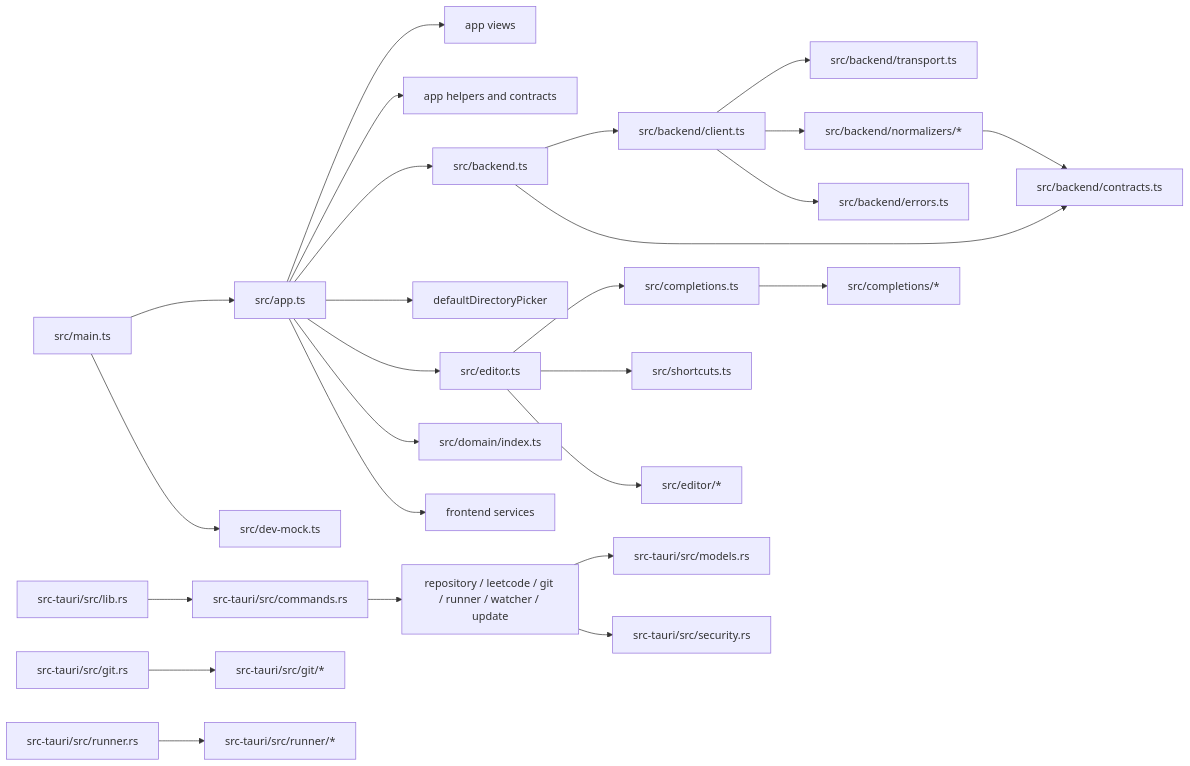
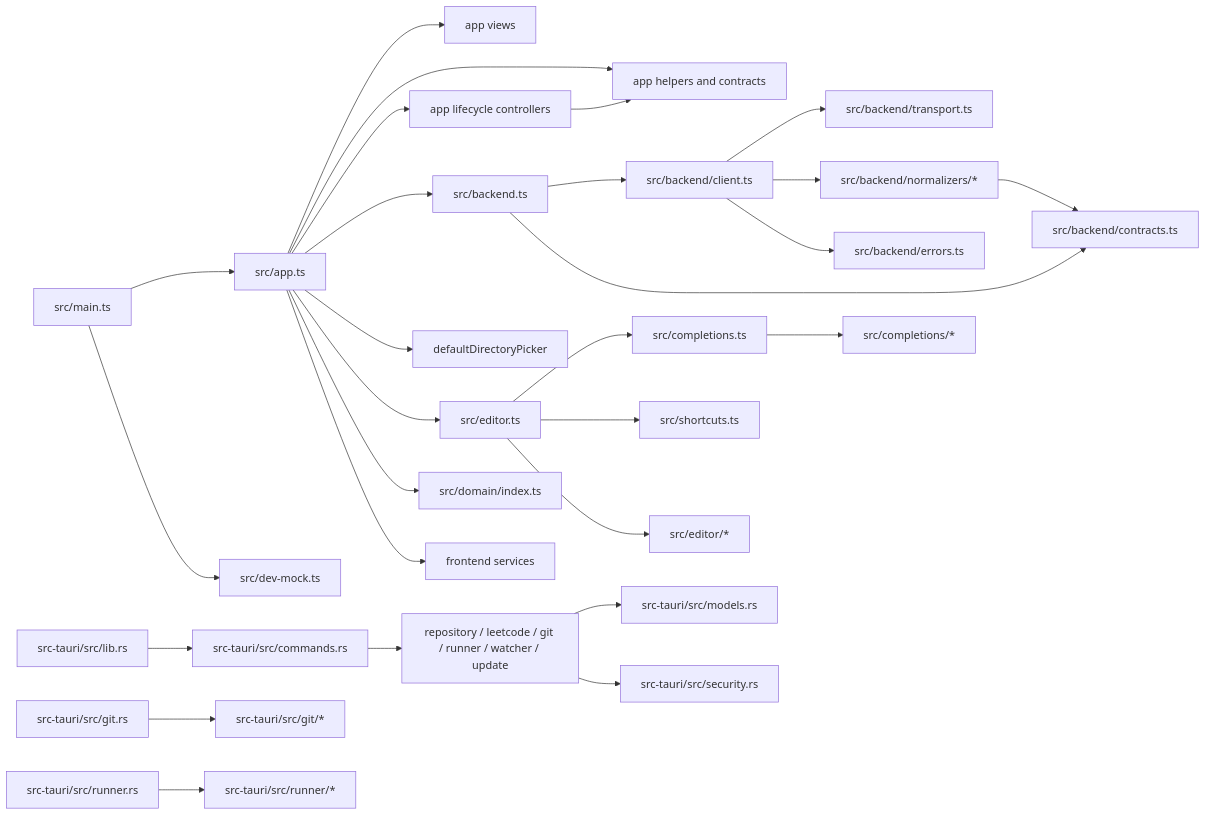
Before and after one commit to ShanePark/leetcoder: the diagram in docs/architecture.md, drawn with Mermaid. The commit also changed other lines of this file and 17 other files, not shown here.

First line of the commit message:
refactor: split app lifecycle modules and improve Git progress

````diff
--- a/docs/architecture.md
+++ b/docs/architecture.md
@@ -53,28 +54,30 @@
 ```mermaid
 flowchart LR
   main[src/main.ts] --> app[src/app.ts]
   main --> mock[src/dev-mock.ts]
   app --> appViews[app views]
   app --> appParts[app helpers and contracts]
+  app --> appControllers[app lifecycle controllers]
   app --> backend[src/backend.ts]
   app --> picker[defaultDirectoryPicker]
   app --> editor[src/editor.ts]
   app --> domain[src/domain/index.ts]
   app --> services[frontend services]
+  appControllers --> appParts
   editor --> completion[src/completions.ts]
   editor --> shortcuts[src/shortcuts.ts]
   editor --> editorParts[src/editor/*]
   completion --> completionParts[src/completions/*]
   backend --> client[src/backend/client.ts]
   backend --> contracts[src/backend/contracts.ts]
   client --> transport[src/backend/transport.ts]
   client --> normalizers[src/backend/normalizers/*]
   client --> errors[src/backend/errors.ts]
   normalizers --> contracts
   lib[src-tauri/src/lib.rs] --> commands[src-tauri/src/commands.rs]
   commands --> native[repository / leetcode / git / runner / watcher / update]
   native --> models[src-tauri/src/models.rs]
   native --> security[src-tauri/src/security.rs]
   git[src-tauri/src/git.rs] --> gitParts[src-tauri/src/git/*]
   runner[src-tauri/src/runner.rs] --> runnerParts[src-tauri/src/runner/*]
 ```
````
